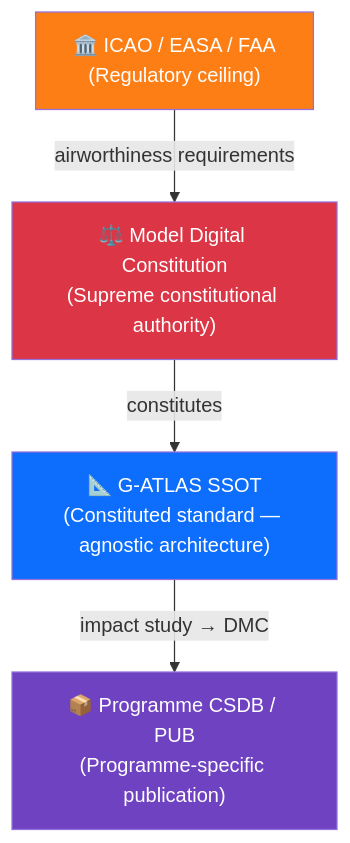
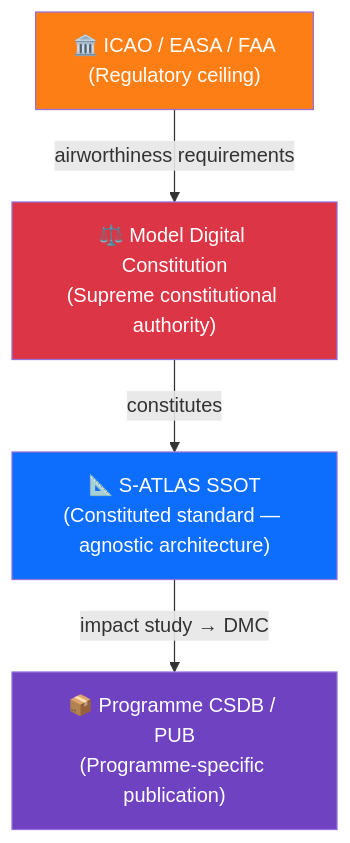
The diagram in 01_OPTIONS_ARCHITECTURE/01-03_TECHNOLOGIES/01-03-01_Q+ATLANTIDE/000-099_S-ATLAS/000-009_General-Information-and-Service/000_General/000-000_General-Introduction/000-000-002-Purpose-and-Mission.md (AmedeoPelliccia/Q-plus-A), drawn with Mermaid before and after one commit. The commit also changed other lines of this file and 641 other files, not shown here.

````diff
--- a/01_OPTIONS_ARCHITECTURE/01-03_TECHNOLOGIES/01-03-01_Q+ATLANTIDE/000-099_S-ATLAS/000-009_General-Information-and-Service/000_General/000-000_General-Introduction/000-000-002-Purpose-and-Mission.md
+++ b/01_OPTIONS_ARCHITECTURE/01-03_TECHNOLOGIES/01-03-01_Q+ATLANTIDE/000-099_S-ATLAS/000-009_General-Information-and-Service/000_General/000-000_General-Introduction/000-000-002-Purpose-and-Mission.md
@@ -99,16 +99,16 @@
 ```mermaid
 graph TD
     MDC["⚖️ Model Digital Constitution<br/>(Supreme constitutional authority)"]
-    GATLAS["📐 G-ATLAS SSOT<br/>(Constituted standard — agnostic architecture)"]
+    GATLAS["📐 S-ATLAS SSOT<br/>(Constituted standard — agnostic architecture)"]
     PUB["📦 Programme CSDB / PUB<br/>(Programme-specific publication)"]
     REG["🏛️ ICAO / EASA / FAA<br/>(Regulatory ceiling)"]
 
     REG -->|"airworthiness requirements"| MDC
     MDC -->|"constitutes"| GATLAS
     GATLAS -->|"impact study → DMC"| PUB
 
     style MDC fill:#dc3545,color:#fff
     style GATLAS fill:#0d6efd,color:#fff
     style PUB fill:#6f42c1,color:#fff
     style REG fill:#fd7e14,color:#fff
 ```
````
